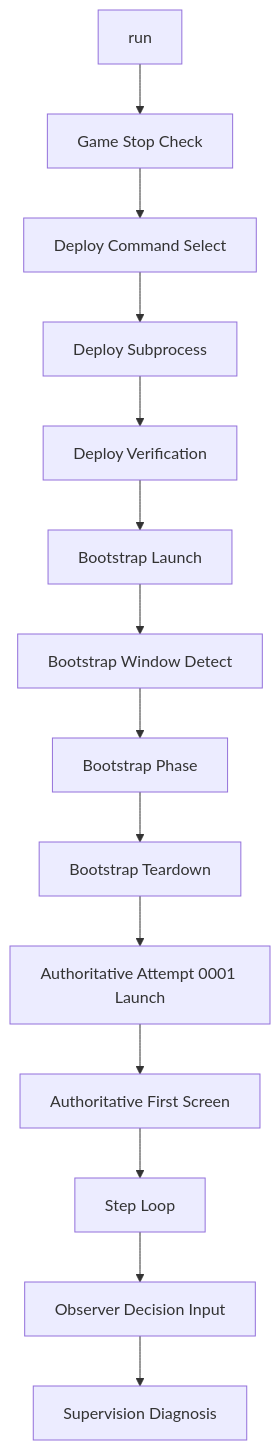
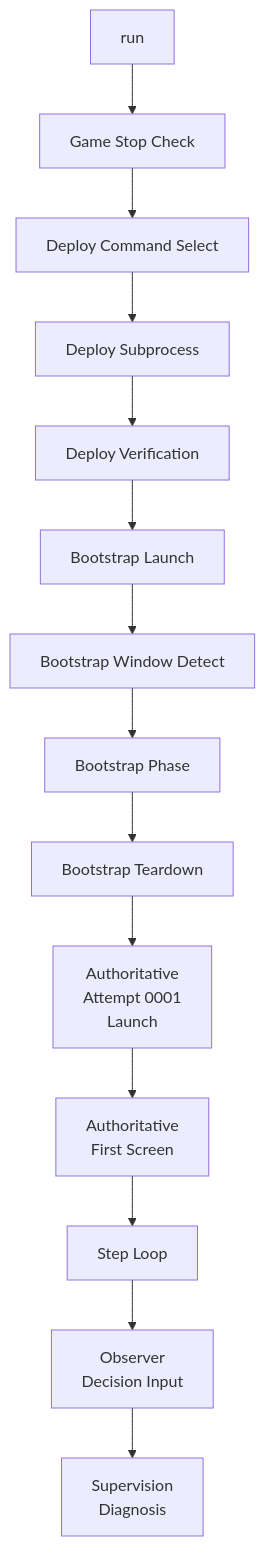
The diagram in docs/contracts/STARTUP_DEPLOY_CONTROL_LAYER.md (jidon333/STS2_Mod_AI_Companion), drawn with Mermaid before and after one commit. The commit also changed 4 other files, not shown here.

Commit message:
Improve Mermaid readability in harness docs

````diff
--- a/docs/contracts/STARTUP_DEPLOY_CONTROL_LAYER.md
+++ b/docs/contracts/STARTUP_DEPLOY_CONTROL_LAYER.md
@@ -41,16 +41,16 @@
 ```mermaid
 flowchart TD
     A["run"] --> B["Game Stop Check"]
     B --> C["Deploy Command Select"]
     C --> D["Deploy Subprocess"]
     D --> E["Deploy Verification"]
     E --> F["Bootstrap Launch"]
     F --> G["Bootstrap Window Detect"]
     G --> H["Bootstrap Phase"]
     H --> I["Bootstrap Teardown"]
-    I --> J["Authoritative Attempt 0001 Launch"]
-    J --> K["Authoritative First Screen"]
+    I --> J["Authoritative<br/>Attempt 0001<br/>Launch"]
+    J --> K["Authoritative<br/>First Screen"]
     K --> L["Step Loop"]
-    L --> M["Observer Decision Input"]
-    M --> N["Supervision Diagnosis"]
+    L --> M["Observer<br/>Decision Input"]
+    M --> N["Supervision<br/>Diagnosis"]
 ```
````
